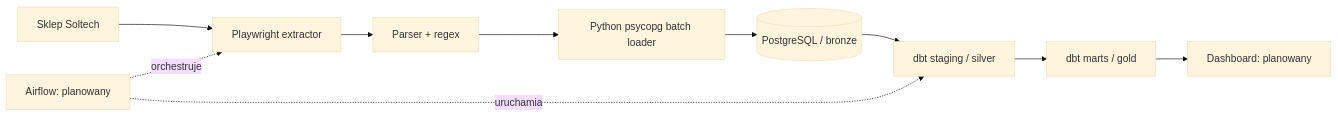
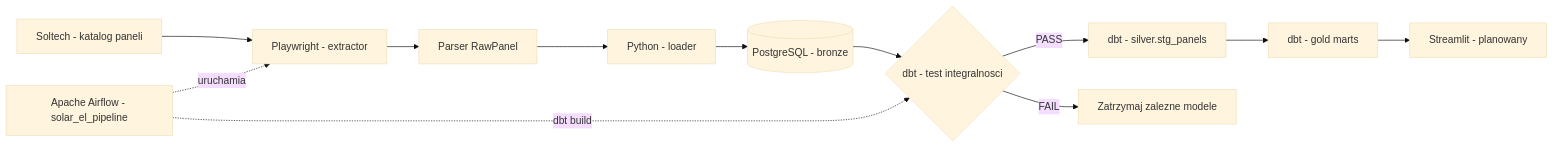
Before and after one commit to Dragozden/E2E-Solar-Scrapper: the diagram in docs/architecture.md, drawn with Mermaid (base theme). The commit also changed other lines of this file and 8 other files, not shown here.

Commit message:
docs: update architecture, data models and pipeline operations

````diff
--- a/docs/architecture.md
+++ b/docs/architecture.md
@@ -7,12 +11,14 @@
 ```mermaid
 flowchart LR
-    S[Sklep Soltech] --> E[Playwright extractor]
-    E --> P[Parser + regex]
-    P --> L[Python psycopg batch loader]
-    L --> B[(PostgreSQL / bronze)]
-    B --> D[dbt staging / silver]
-    D --> G[dbt marts / gold]
-    G --> Z[Dashboard: planowany]
-    A[Airflow: planowany] -. orchestruje .-> E
-    A -. uruchamia .-> D
+    Shop[Soltech - katalog paneli] --> Extract[Playwright - extractor]
+    Extract --> Parse[Parser RawPanel]
+    Parse --> Load[Python - loader]
+    Load --> Bronze[(PostgreSQL - bronze)]
+    Bronze --> Gate{dbt - test integralnosci}
+    Gate -->|PASS| Silver[dbt - silver.stg_panels]
+    Silver --> Gold[dbt - gold marts]
+    Gate -->|FAIL| Fail[Zatrzymaj zalezne modele]
+    Gold --> UI[Streamlit - planowany]
+    Airflow[Apache Airflow - solar_el_pipeline] -. uruchamia .-> Extract
+    Airflow -. dbt build .-> Gate
 ```
````
